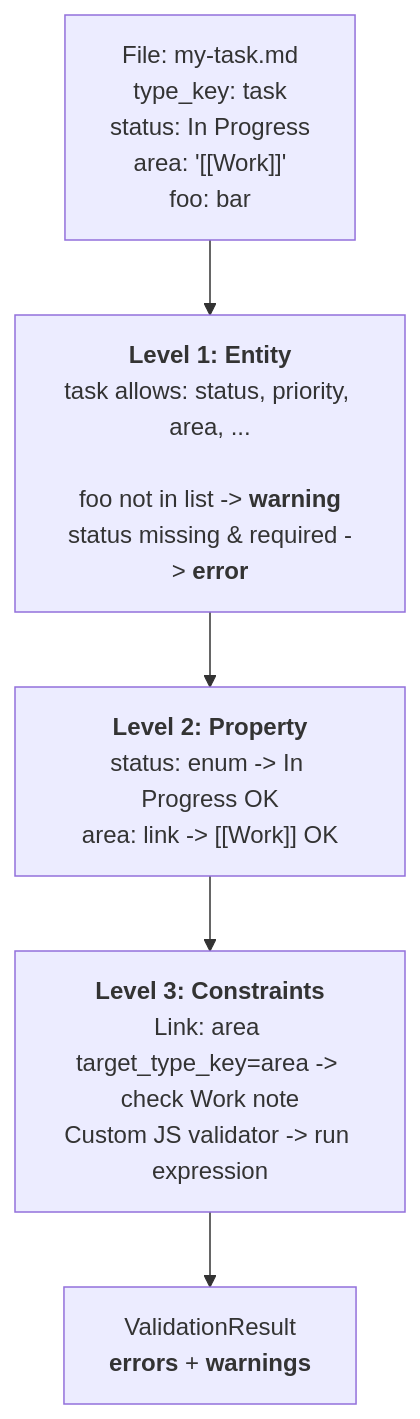
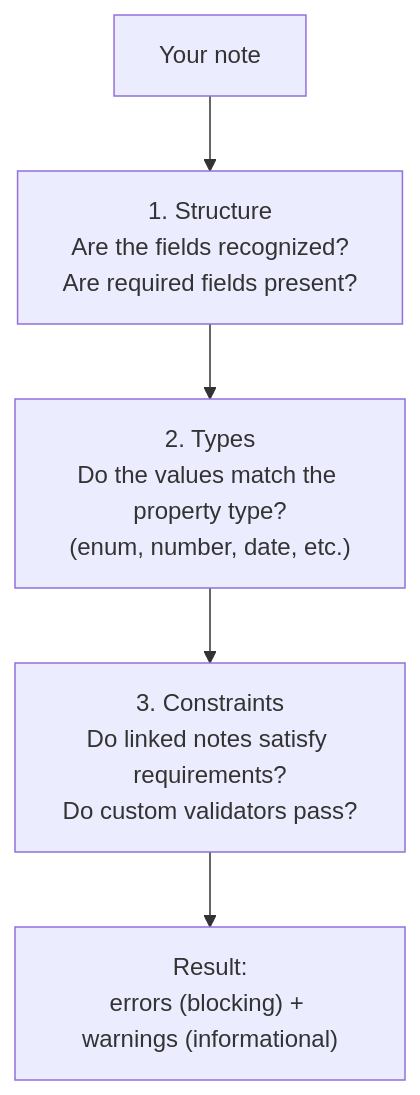
The third of 5 diagrams in docs/architecture.md (mishachepi/obsi-validate), drawn with Mermaid before and after one commit. The commit also changed other lines of this file and 23 other files, not shown here.

````diff
--- a/docs/architecture.md
+++ b/docs/architecture.md
@@ -102,14 +48,8 @@
 ```mermaid
 flowchart TB
-    F["File: my-task.md<br/>type_key: task<br/>status: In Progress<br/>area: '[[Work]]'<br/>foo: bar"]
-
-    L1["<b>Level 1: Entity</b><br/>task allows: status, priority, area, ...<br/><br/>foo not in list -> <b>warning</b><br/>status missing & required -> <b>error</b>"]
-
-    L2["<b>Level 2: Property</b><br/>status: enum -> In Progress OK<br/>area: link -> [[Work]] OK"]
-
-    L3["<b>Level 3: Constraints</b><br/>Link: area target_type_key=area -> check Work note<br/>Custom JS validator -> run expression"]
-
-    R["ValidationResult<br/><b>errors</b> + <b>warnings</b>"]
-
-    F --> L1 --> L2 --> L3 --> R
+    N["Your note"] --> L1
+    L1["1. Structure<br/>Are the fields recognized?<br/>Are required fields present?"]
+    L1 --> L2["2. Types<br/>Do the values match the property type?<br/>(enum, number, date, etc.)"]
+    L2 --> L3["3. Constraints<br/>Do linked notes satisfy requirements?<br/>Do custom validators pass?"]
+    L3 --> R["Result:<br/>errors (blocking) + warnings (informational)"]
 ```
````
